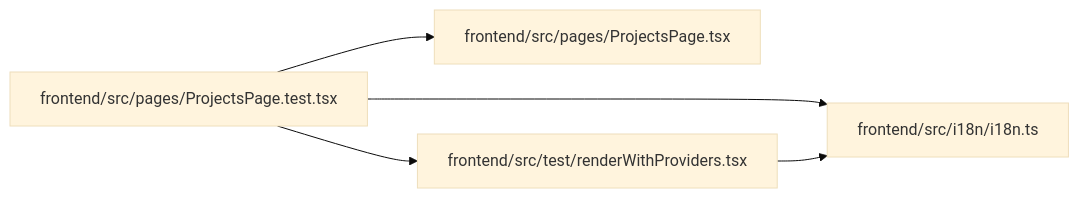
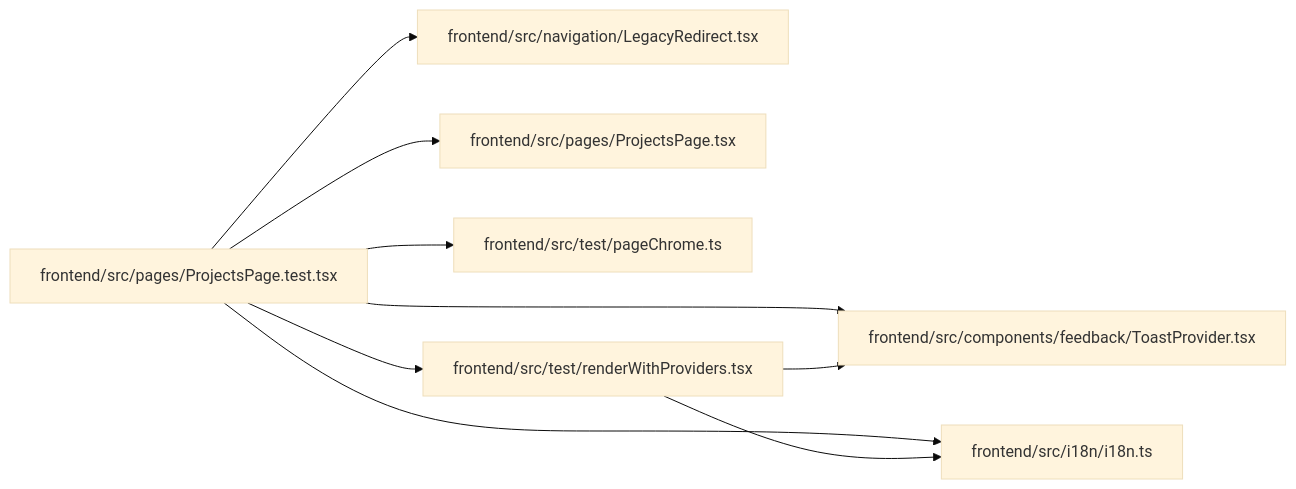
The diagram in docs/llm_wiki/modules/ProjectsPage.test.md (Denissvgn/WorkChord), drawn with Mermaid (base theme) before and after one commit. The commit also changed other lines of this file and 2373 other files, not shown here.

````diff
--- a/docs/llm_wiki/modules/ProjectsPage.test.md
+++ b/docs/llm_wiki/modules/ProjectsPage.test.md
@@ -29,15 +36,25 @@
 ```mermaid
 flowchart LR
-    n0["frontend/src/i18n/i18n.ts"]
-    n1["frontend/src/pages/ProjectsPage.test.tsx"]
-    n2["frontend/src/pages/ProjectsPage.tsx"]
-    n3["frontend/src/test/renderWithProviders.tsx"]
-    n1 --> n0
-    n1 --> n2
-    n1 --> n3
+    n0["frontend/src/components/feedback/ToastProvider.tsx"]
+    n1["frontend/src/i18n/i18n.ts"]
+    n2["frontend/src/navigation/LegacyRedirect.tsx"]
+    n3["frontend/src/pages/ProjectsPage.test.tsx"]
+    n4["frontend/src/pages/ProjectsPage.tsx"]
+    n5["frontend/src/test/pageChrome.ts"]
+    n6["frontend/src/test/renderWithProviders.tsx"]
     n3 --> n0
-    click n0 "../modules/i18n.md"
-    click n1 "../modules/ProjectsPage.test.md"
-    click n2 "../modules/ProjectsPage.md"
-    click n3 "../modules/renderWithProviders.md"
+    n3 --> n1
+    n3 --> n2
+    n3 --> n4
+    n3 --> n5
+    n3 --> n6
+    n6 --> n0
+    n6 --> n1
+    click n0 "../modules/ToastProvider.md"
+    click n1 "../modules/i18n.md"
+    click n2 "../modules/LegacyRedirect.md"
+    click n3 "../modules/ProjectsPage.test.md"
+    click n4 "../modules/ProjectsPage.md"
+    click n5 "../modules/pageChrome.md"
+    click n6 "../modules/renderWithProviders.md"
 ```
````
